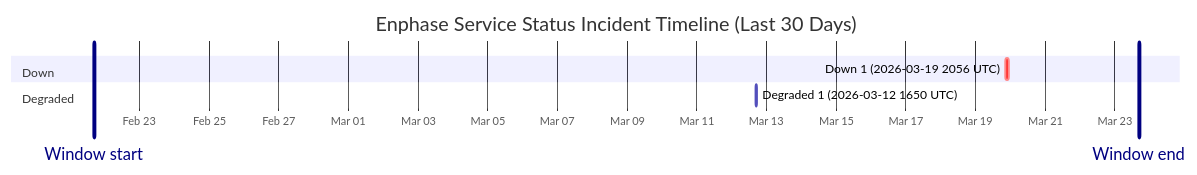
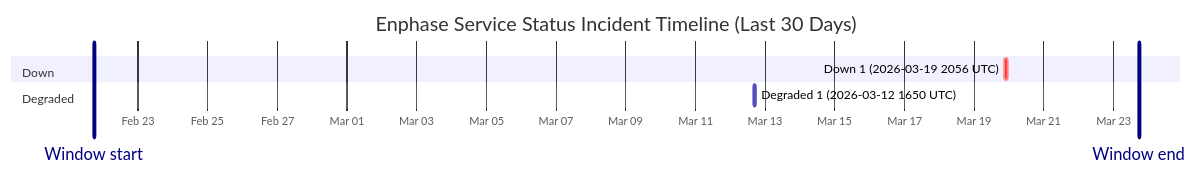
One commit to barneyonline/ha-enphase-ev-charger changed the diagram in wiki/Service-Status-History.md. Above: the diagram before and after it, drawn with Mermaid. The commit also changed other lines of this file and 3 other files, not shown here.

````diff
--- a/wiki/Service-Status-History.md
+++ b/wiki/Service-Status-History.md
@@ -14,12 +14,12 @@
 ```mermaid
 gantt
     title Enphase Service Status Incident Timeline (Last 30 Days)
     dateFormat  YYYY-MM-DDTHH:mm:ss
     axisFormat  %b %d
-    Window start :vert, window-start, 2026-02-21T16:46:58, 0ms
-    Window end :vert, window-end, 2026-03-23T16:46:58, 0ms
+    Window start :vert, window-start, 2026-02-21T17:43:55, 0ms
+    Window end :vert, window-end, 2026-03-23T17:43:55, 0ms
     section Down
     Down 1 (2026-03-19 2056 UTC) :crit, down-1, 2026-03-19T20:56:20, 145m
     section Degraded
     Degraded 1 (2026-03-12 1650 UTC) :active, degraded-1, 2026-03-12T16:50:43, 60m
 ```
````
